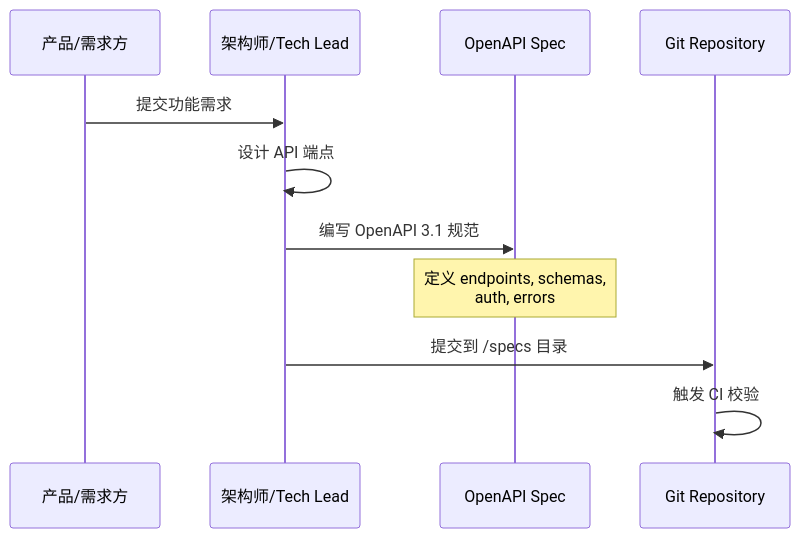
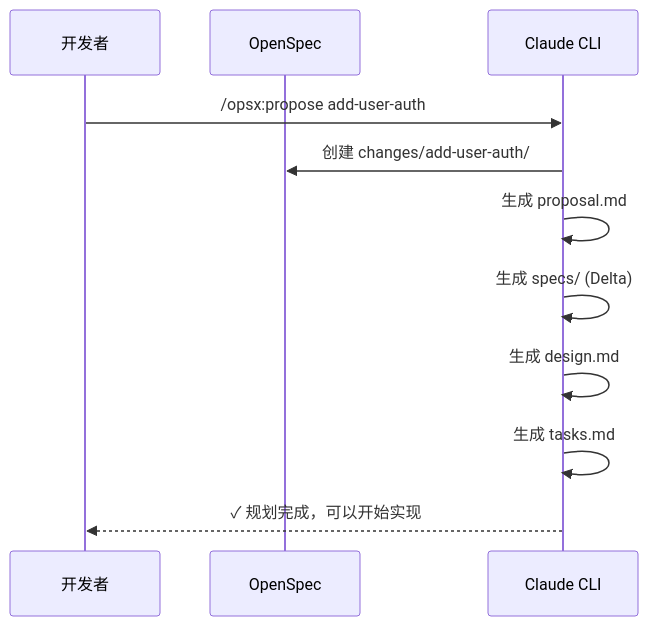
One commit to nishigepi8/note changed the third of 7 diagrams in AI/AI全栈开发协作流程标准.md. Above: the diagram before and after it, drawn with Mermaid. The commit also changed other lines of this file and 16 other files, not shown here.

````diff
--- a/AI/AI全栈开发协作流程标准.md
+++ b/AI/AI全栈开发协作流程标准.md
@@ -46,14 +132,14 @@
 ```mermaid
 sequenceDiagram
-    participant PM as 产品/需求方
-    participant Arch as 架构师/Tech Lead
-    participant OpenAPI as OpenAPI Spec
-    participant Git as Git Repository
+    participant Dev as 开发者
+    participant OpenSpec as OpenSpec
+    participant AI as Claude CLI
     
-    PM->>Arch: 提交功能需求
-    Arch->>Arch: 设计 API 端点
-    Arch->>OpenAPI: 编写 OpenAPI 3.1 规范
-    Note over OpenAPI: 定义 endpoints, schemas,<br/>auth, errors
-    Arch->>Git: 提交到 /specs 目录
-    Git->>Git: 触发 CI 校验
+    Dev->>AI: /opsx:propose add-user-auth
+    AI->>OpenSpec: 创建 changes/add-user-auth/
+    AI->>AI: 生成 proposal.md
+    AI->>AI: 生成 specs/ (Delta)
+    AI->>AI: 生成 design.md
+    AI->>AI: 生成 tasks.md
+    AI-->>Dev: ✓ 规划完成，可以开始实现
 ```
````
